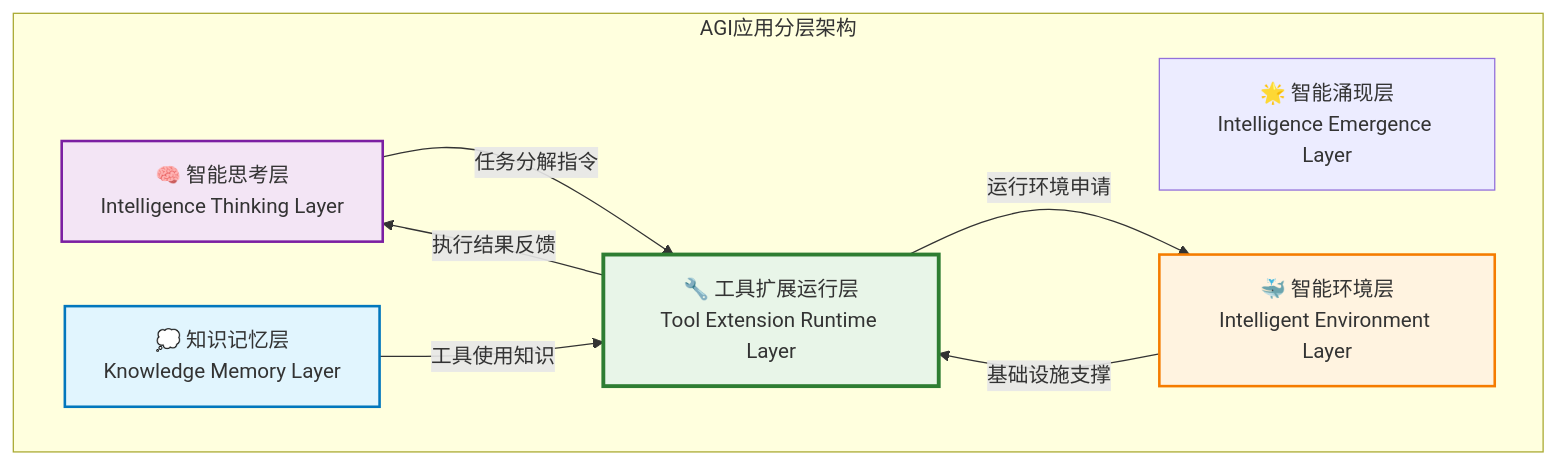
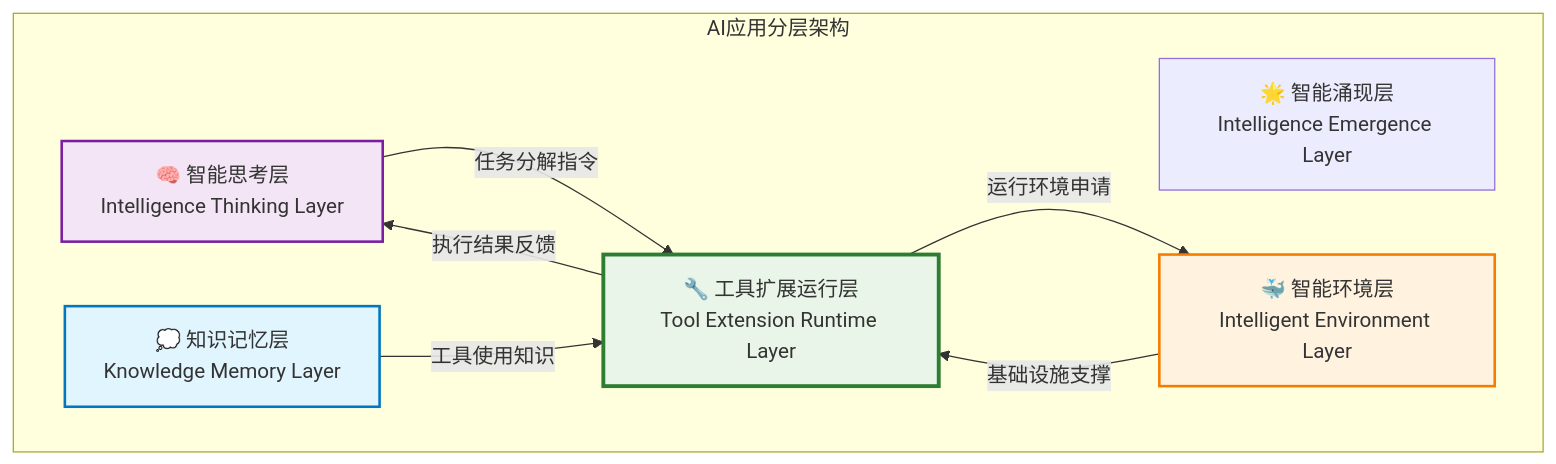
Before and after one commit to youyoude/agi-app-dev-guide-book: the first of 4 diagrams in 第四部分_智能大脑工程学/4.3_工具扩展运行层/4.3.0_工具扩展运行层概述.md, drawn with Mermaid. The commit also changed other lines of this file and 27 other files, not shown here.

````diff
--- a/第四部分_智能大脑工程学/4.3_工具扩展运行层/4.3.0_工具扩展运行层概述.md
+++ b/第四部分_智能大脑工程学/4.3_工具扩展运行层/4.3.0_工具扩展运行层概述.md
@@ -11,21 +11,21 @@
 ```mermaid
 graph TB
-    subgraph "AGI应用分层架构"
+    subgraph "AI应用分层架构"
         IE["🌟 智能涌现层<br/>Intelligence Emergence Layer"]
         IT["🧠 智能思考层<br/>Intelligence Thinking Layer"]
         KM["💭 知识记忆层<br/>Knowledge Memory Layer"]
         TR["🔧 工具扩展运行层<br/>Tool Extension Runtime Layer"]
         ENV["🐳 智能环境层<br/>Intelligent Environment Layer"]
     end
     
     IT -->|任务分解指令| TR
     KM -->|工具使用知识| TR
     TR -->|执行结果反馈| IT
     TR -->|运行环境申请| ENV
     ENV -->|基础设施支撑| TR
     
     style TR fill:#e8f5e8,stroke:#2e7d32,stroke-width:3px
     style IT fill:#f3e5f5,stroke:#7b1fa2,stroke-width:2px
     style KM fill:#e1f5fe,stroke:#0277bd,stroke-width:2px
     style ENV fill:#fff3e0,stroke:#f57c00,stroke-width:2px
 ```
````
